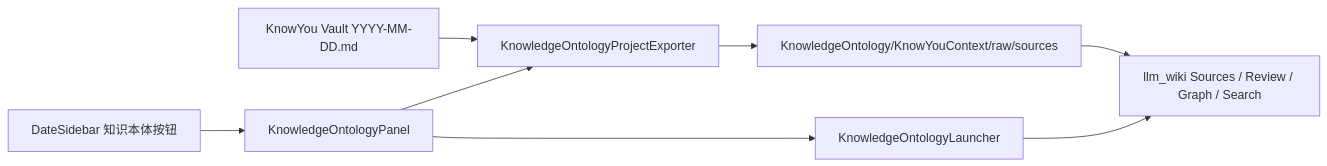
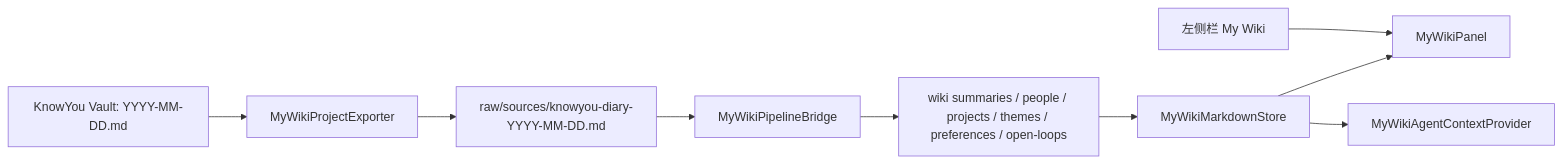
Before and after one commit to gift-is-coding/know-you-open-source: the third of 3 diagrams in docs/architecture.md, drawn with Mermaid. The commit also changed other lines of this file and 3 other files, not shown here.

````diff
--- a/docs/architecture.md
+++ b/docs/architecture.md
@@ -655,10 +656,11 @@
 ```mermaid
 flowchart LR
-    A[KnowYou Vault YYYY-MM-DD.md] --> B[KnowledgeOntologyProjectExporter]
-    B --> C[KnowledgeOntology/KnowYouContext/raw/sources]
-    C --> D[llm_wiki Sources / Review / Graph / Search]
-    E[DateSidebar 知识本体按钮] --> F[KnowledgeOntologyPanel]
-    F --> B
-    F --> G[KnowledgeOntologyLauncher]
-    G --> D
+    A["KnowYou Vault: YYYY-MM-DD.md"] --> B["MyWikiProjectExporter"]
+    B --> C["raw/sources/knowyou-diary-YYYY-MM-DD.md"]
+    C --> D["MyWikiPipelineBridge"]
+    D --> E["wiki summaries / people / projects / themes / preferences / open-loops"]
+    E --> F["MyWikiMarkdownStore"]
+    F --> G["MyWikiPanel"]
+    F --> H["MyWikiAgentContextProvider"]
+    I["左侧栏 My Wiki"] --> G
 ```
````
